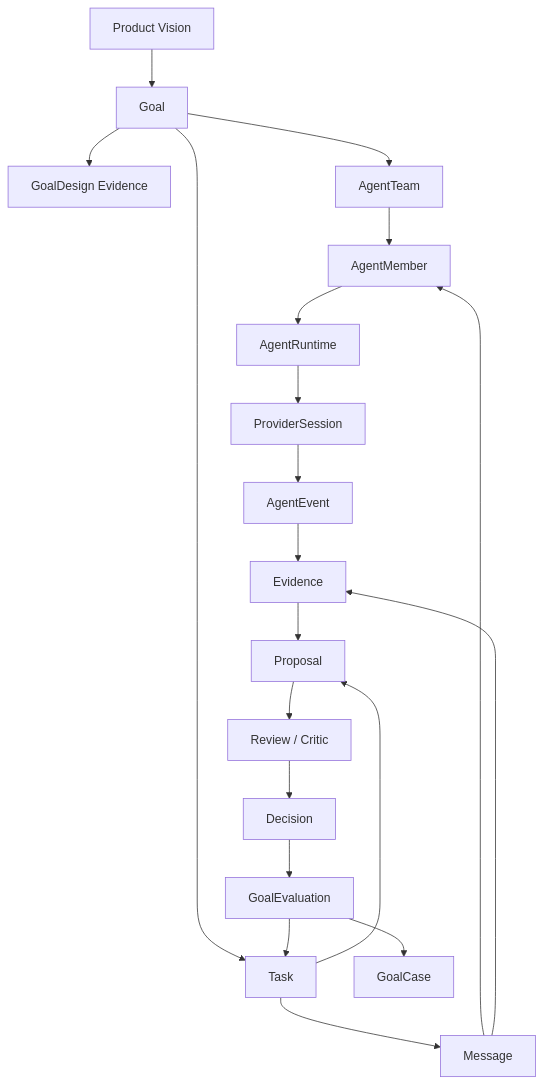
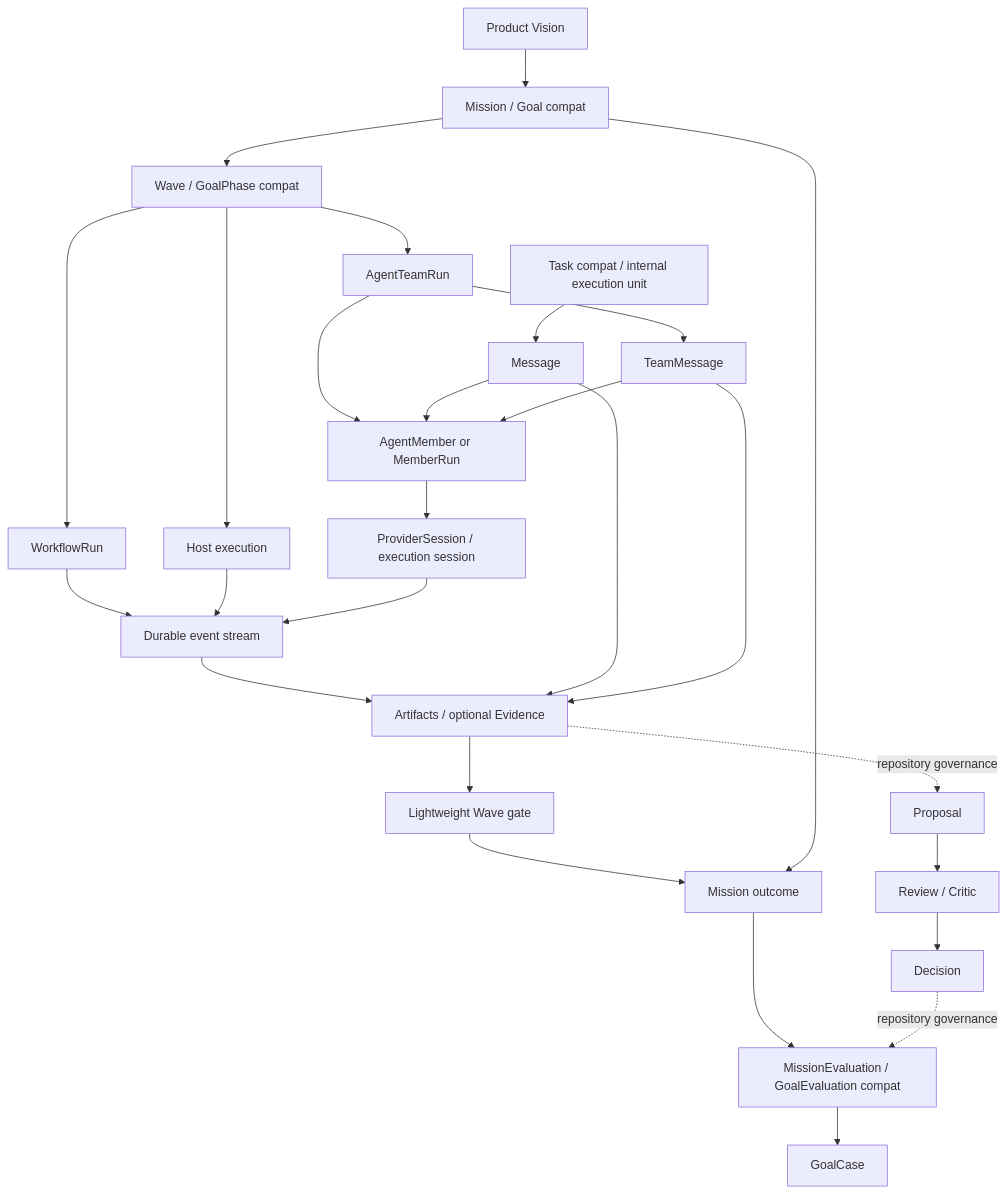
Before and after one commit to cyl19970726/multi-agent-harness: the diagram in docs/concept-model.md, drawn with Mermaid. The commit also changed other lines of this file and 61 other files, not shown here.

Commit message:
design: adopt mission wave architecture

````diff
--- a/docs/concept-model.md
+++ b/docs/concept-model.md
@@ -25,39 +39,50 @@
 ```mermaid
 flowchart TD
   Vision[Product Vision]
-  Goal[Goal]
-  GoalDesign[GoalDesign Evidence]
-  Team[AgentTeam]
-  Member[AgentMember]
-  Task[Task]
+  Mission[Mission / Goal compat]
+  Wave[Wave / GoalPhase compat]
+  TeamRun[AgentTeamRun]
+  WorkflowRun[WorkflowRun]
+  HostExec[Host execution]
+  Task[Task compat / internal execution unit]
   Message[Message]
-  Runtime[AgentRuntime]
-  Provider[ProviderSession]
-  Event[AgentEvent]
-  Evidence[Evidence]
+  TeamMessage[TeamMessage]
+  Member[AgentMember or MemberRun]
+  Provider[ProviderSession / execution session]
+  Event[Durable event stream]
+  Evidence[Artifacts / optional Evidence]
+  Gate[Lightweight Wave gate]
+  Outcome[Mission outcome]
   Proposal[Proposal]
   Review[Review / Critic]
   Decision[Decision]
-  Eval[GoalEvaluation]
+  Eval[MissionEvaluation / GoalEvaluation compat]
   Case[GoalCase]
 
-  Vision --> Goal
-  Goal --> GoalDesign
-  Goal --> Team
-  Goal --> Task
-  Team --> Member
+  Vision --> Mission
+  Mission --> Wave
+  Wave --> TeamRun
+  Wave --> WorkflowRun
+  Wave --> HostExec
+  TeamRun --> TeamMessage
+  TeamRun --> Member
+  WorkflowRun --> Event
+  HostExec --> Event
   Task --> Message
   Message --> Member
-  Member --> Runtime
-  Runtime --> Provider
+  TeamMessage --> Member
+  Member --> Provider
   Provider --> Event
   Event --> Evidence
   Message --> Evidence
-  Task --> Proposal
-  Evidence --> Proposal
+  TeamMessage --> Evidence
+  Evidence --> Gate
+  Gate --> Outcome
+  Mission --> Outcome
+  Outcome --> Eval
+  Evidence -. repository governance .-> Proposal
   Proposal --> Review
   Review --> Decision
-  Decision --> Eval
+  Decision -. repository governance .-> Eval
   Eval --> Case
-  Eval --> Task
 ```
````
